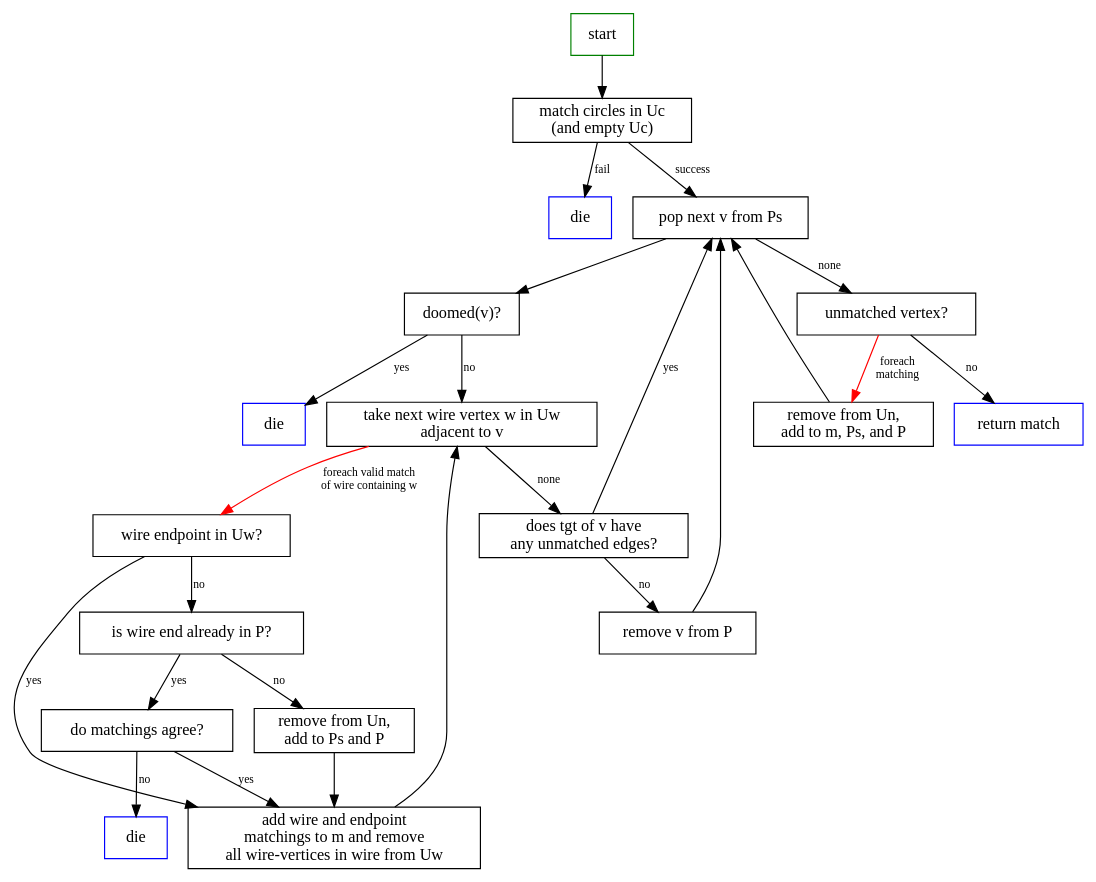
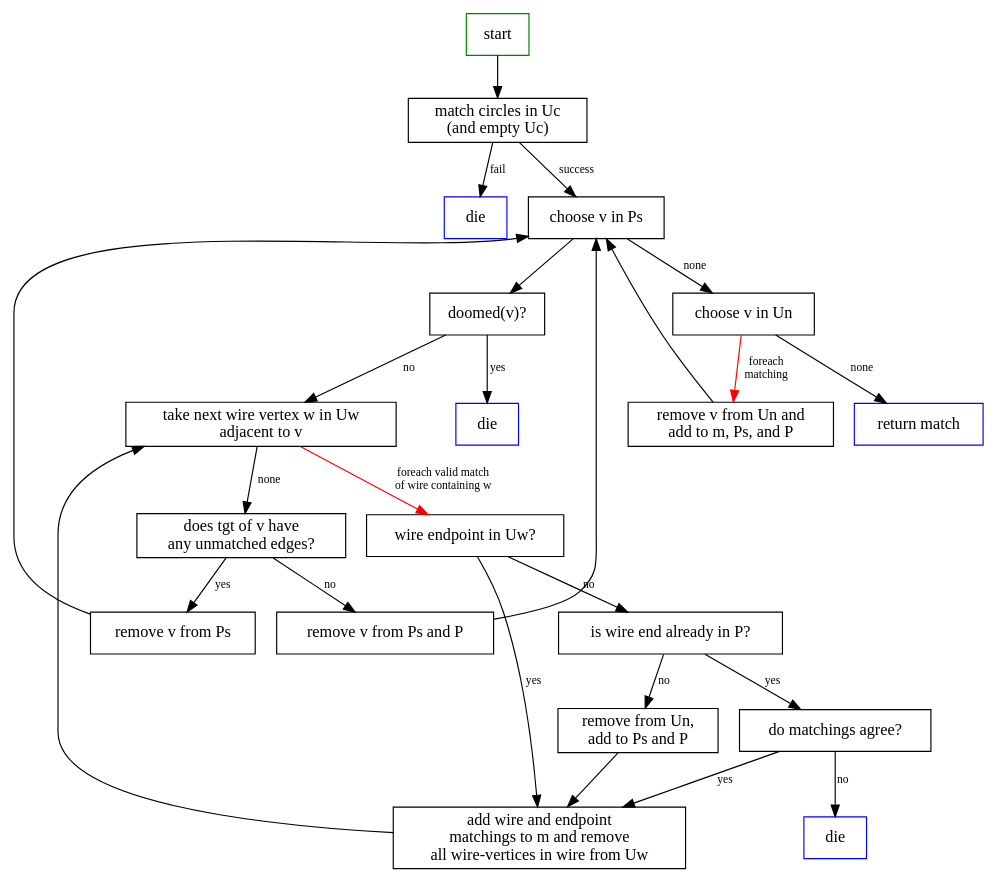
One commit to zxcalc/quantomatic changed the diagram in docs/matching_algo/concrete_part.dot. Above: the diagram before and after it, drawn with Graphviz. The commit also changed 1 other file, not shown here.

```diff
--- a/docs/matching_algo/concrete_part.dot
+++ b/docs/matching_algo/concrete_part.dot
@@ -1,46 +1,48 @@
 digraph {
     node [shape=box]
     edge [fontsize=10]
     start [color=green]
     circles [label="match circles in Uc\n(and empty Uc)"]
     die0 [label=die,color=blue]
-    scheduledpm [label="pop next v from Ps"]
+    scheduledpm [label="choose v in Ps"]
     doomed [label="doomed(v)?"]
     die1 [label=die,color=blue]
     nextnhd [label="take next wire vertex w in Uw\nadjacent to v"]
     addwiretomatch [label="add wire and endpoint\nmatchings to m and remove\nall wire-vertices in wire from Uw"]
     wireend [label="wire endpoint in Uw?"]
     wireendpm [label="is wire end already in P?"]
     matchagree [label="do matchings agree?"]
     die2 [label=die,color=blue]
     markpm [label="remove from Un,\nadd to Ps and P"]
     unmatchedtargnhd [label="does tgt of v have\nany unmatched edges?"]
-    complete [label="remove v from P"]
-    unmatched [label="unmatched vertex?"]
-    markpm2 [label="remove from Un,\nadd to m, Ps, and P"]
+    unschedule [label="remove v from Ps"]
+    complete [label="remove v from Ps and P"]
+    unmatched [label="choose v in Un"]
+    markpm2 [label="remove v from Un and\nadd to m, Ps, and P"]
     done [color=blue,label="return match"]
-    
+
     start -> circles
     circles -> die0 [label=fail]
     circles -> scheduledpm [label=success]
     scheduledpm -> doomed
     doomed -> die1 [label=yes]
     doomed -> nextnhd [label=no]
     nextnhd -> wireend [label="foreach valid match\n of wire containing w",color=red]
     wireend -> wireendpm [label=no]
     wireend -> addwiretomatch [label=yes]
     wireendpm -> matchagree [label=yes]
     matchagree -> die2 [label=no]
     matchagree -> addwiretomatch [label=yes]
     wireendpm -> markpm [label=no]
     markpm -> addwiretomatch
     addwiretomatch -> nextnhd
     nextnhd -> unmatchedtargnhd [label=none]
     unmatchedtargnhd -> complete [label=no]
-    unmatchedtargnhd -> scheduledpm [label=yes]
+    unmatchedtargnhd -> unschedule [label=yes]
+    unschedule -> scheduledpm
     complete -> scheduledpm
     scheduledpm -> unmatched [label=none]
-    unmatched -> done [label=no]
+    unmatched -> done [label=none]
     unmatched -> markpm2 [label="foreach\nmatching",color=red]
     markpm2 -> scheduledpm
 }
```
